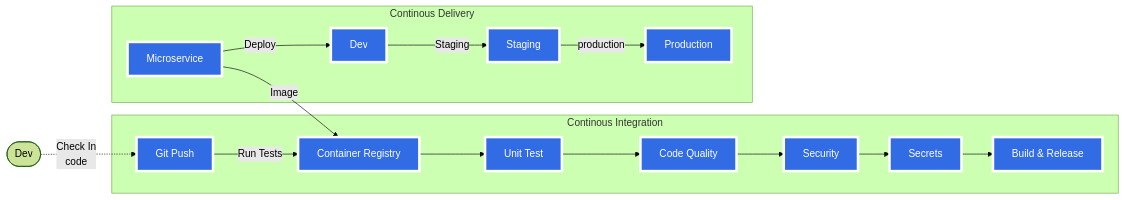
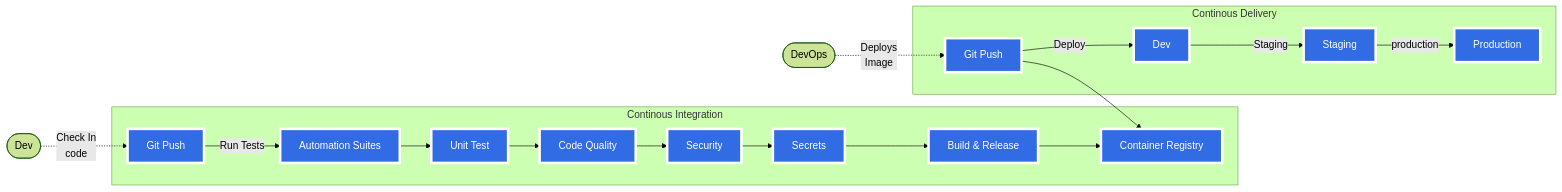
The diagram in docs/v0/ci-cd.md (rajasoun/gitops-experiments), drawn with Mermaid (forest theme) before and after one commit.

Commit message:
ingress docs

````diff
--- a/docs/v0/ci-cd.md
+++ b/docs/v0/ci-cd.md
@@ -29,27 +29,28 @@
 ```mermaid
 graph LR;
   classDef plain fill:#ddd,stroke:#fff,stroke-width:4px,color:#000;
   classDef blue_fill fill:#326ce5,stroke:#fff,stroke-width:4px,color:#fff;
   classDef ci fill:#fff,stroke:#bbb,stroke-width:2px,color:#326ce5;
 
   Dev([Dev])-. Check In <br> code .->Github[Git Push];
   Github-->|Run Tests|automation[Automation Suites];
     subgraph Continous Integration
         Github;
         automation-->unit_test[Unit Test];
         unit_test-->code_quality[Code Quality];
         code_quality-->security[Security];
         security-->secrets[Secrets];
         secrets-->build[Build & Release];
+        build-->image[Container Registry];
     end
-
-    Microservice-->|Image|automation[Container Registry];
+    DevOps([DevOps])-. Deploys <br> Image .->Microservice[Git Push];
+    Microservice-->image[Container Registry];
     subgraph Continous Delivery
         Microservice-->|Deploy|dev[Dev];
         dev-->|Staging|staging[Staging];
         staging-->|production|production[Production];
     end
     
-    class Github,automation,unit_test,code_quality,security,secrets,build blue_fill;
+    class Github,automation,unit_test,code_quality,security,secrets,build,image blue_fill;
     class Microservice,dev,staging,production blue_fill;
 ```
````
